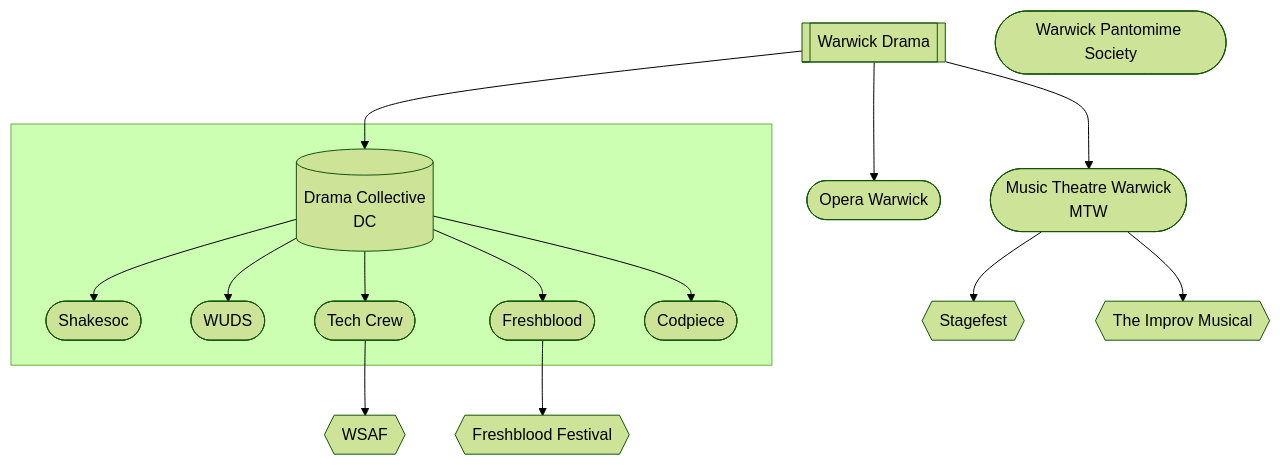
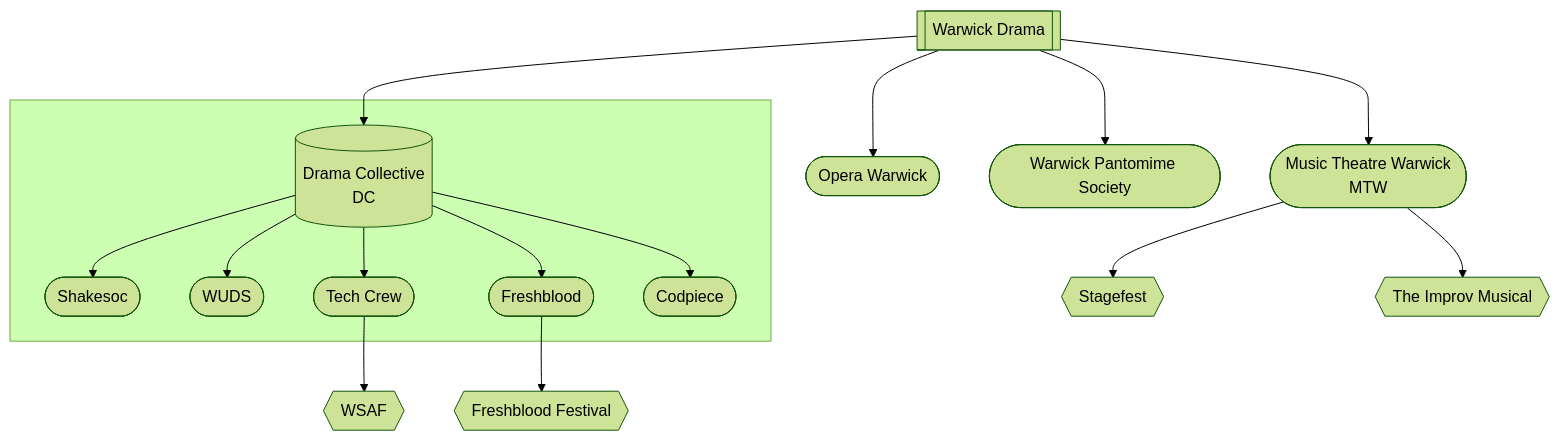
Before and after one commit to WarwickTechCrew/tc-website-wiki: the diagram in wiki/02-warwick-drama/index.md, drawn with Mermaid (forest theme).

Commit message:
:memo: add panto to warwick drama

````diff
--- a/wiki/02-warwick-drama/index.md
+++ b/wiki/02-warwick-drama/index.md
@@ -10,19 +10,20 @@
 ```mermaid
 flowchart TD
     WD[[Warwick Drama]]
     WD --> MTW([Music Theatre Warwick\nMTW])
     WD --> Opera([Opera Warwick])
+    WD --> PO
     WD --> DC[(Drama Collective\nDC)]
     subgraph \n
         DC --> SS([Shakesoc])
         DC --> WUDS([WUDS])
         DC --> TC([Tech Crew])
         DC --> FB([Freshblood])
         DC --> CP([Codpiece])
     end
     TC --> WSAF{{WSAF}}
     MTW --> SF{{Stagefest}}
     MTW --> IM{{The Improv Musical}}
     FB --> FF{{Freshblood Festival}}
     PO([Warwick Pantomime Society])
 ```
````
